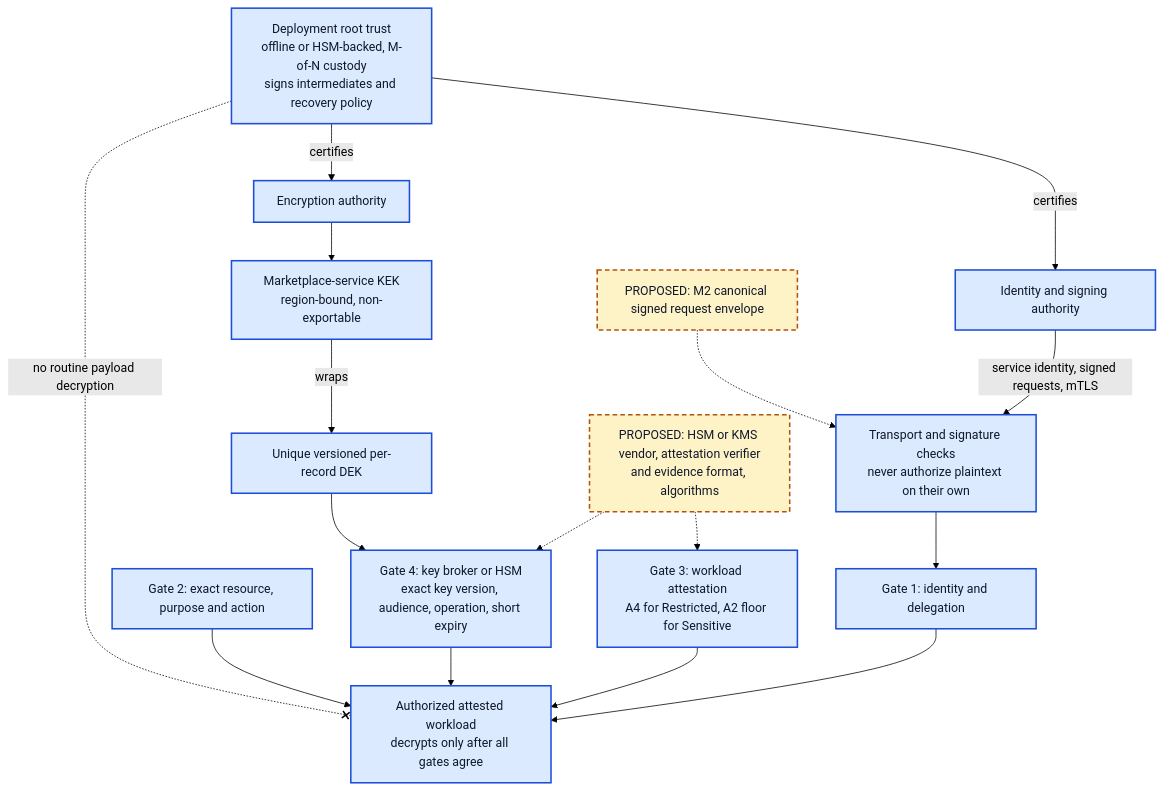
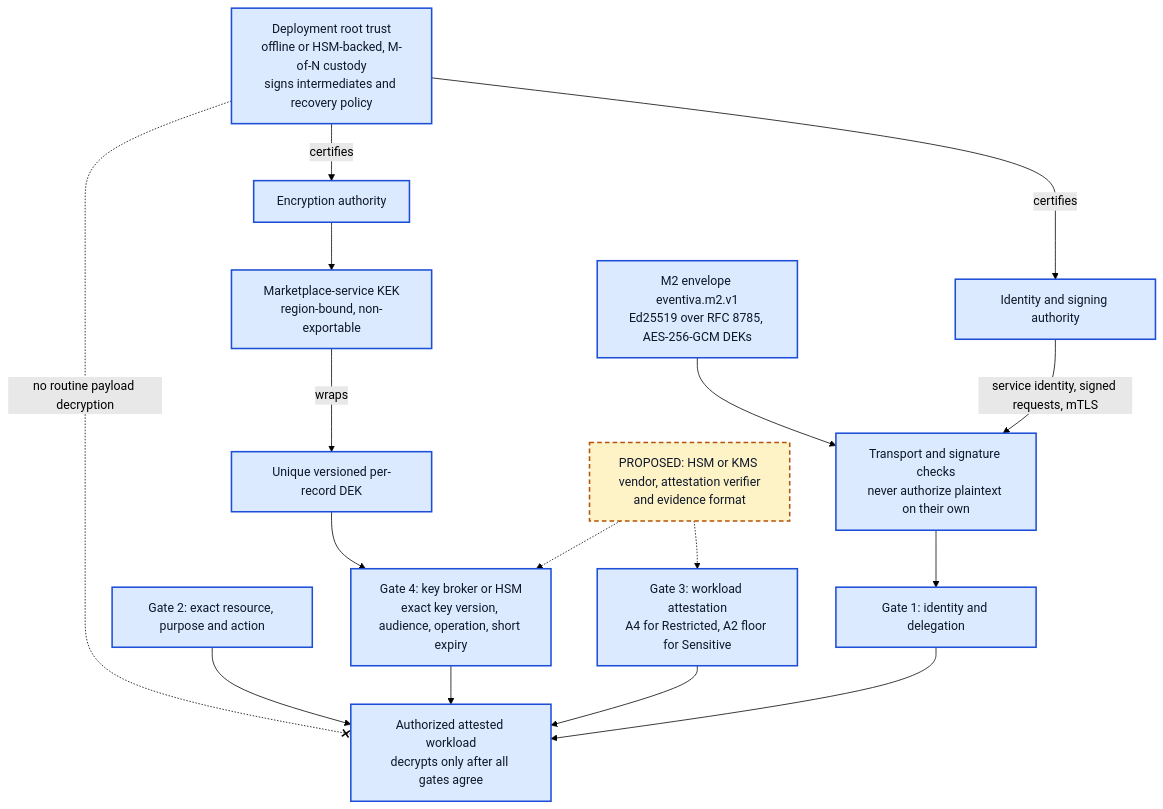
Before and after one commit to Resnovas/Eventiva: the third of 4 diagrams in docs/architecture/eventiva-platform-and-marketplace.md, drawn with Mermaid (forest theme). The commit also changed other lines of this file and 33 other files, not shown here.

````diff
--- a/docs/architecture/eventiva-platform-and-marketplace.md
+++ b/docs/architecture/eventiva-platform-and-marketplace.md
@@ -94,25 +98,25 @@
 ```mermaid
 flowchart TD
     ROOT["Deployment root trust<br/>offline or HSM-backed, M-of-N custody<br/>signs intermediates and recovery policy"] -->|"certifies"| IDA["Identity and signing authority"]
     ROOT -->|"certifies"| ENA["Encryption authority"]
     ENA --> KEK["Marketplace-service KEK<br/>region-bound, non-exportable"]
     KEK -->|"wraps"| DEK["Unique versioned per-record DEK"]
     IDA -->|"service identity, signed requests, mTLS"| SIG["Transport and signature checks<br/>never authorize plaintext on their own"]
 
     G1["Gate 1: identity and delegation"] --> W["Authorized attested workload<br/>decrypts only after all gates agree"]
     G2["Gate 2: exact resource, purpose and action"] --> W
     G3["Gate 3: workload attestation<br/>A4 for Restricted, A2 floor for Sensitive"] --> W
     G4["Gate 4: key broker or HSM<br/>exact key version, audience, operation, short expiry"] --> W
     DEK --> G4
     SIG --> G1
     ROOT -.-x|"no routine payload decryption"| W
 
-    VND["PROPOSED: HSM or KMS vendor, attestation verifier<br/>and evidence format, algorithms"] -.-> G3
+    VND["PROPOSED: HSM or KMS vendor, attestation verifier<br/>and evidence format"] -.-> G3
     VND -.-> G4
-    ENV["PROPOSED: M2 canonical signed request envelope"] -.-> SIG
+    ENV["M2 envelope eventiva.m2.v1<br/>Ed25519 over RFC 8785, AES-256-GCM DEKs"] --> SIG
 
     classDef approved fill:#dbeafe,stroke:#1d4ed8,stroke-width:2px,color:#0f172a
     classDef proposed fill:#fef3c7,stroke:#b45309,stroke-width:2px,stroke-dasharray:6 4,color:#0f172a
-    class ROOT,IDA,ENA,KEK,DEK,SIG,G1,G2,G3,G4,W approved
-    class VND,ENV proposed
+    class ROOT,IDA,ENA,KEK,DEK,SIG,G1,G2,G3,G4,W,ENV approved
+    class VND proposed
 ```
````
